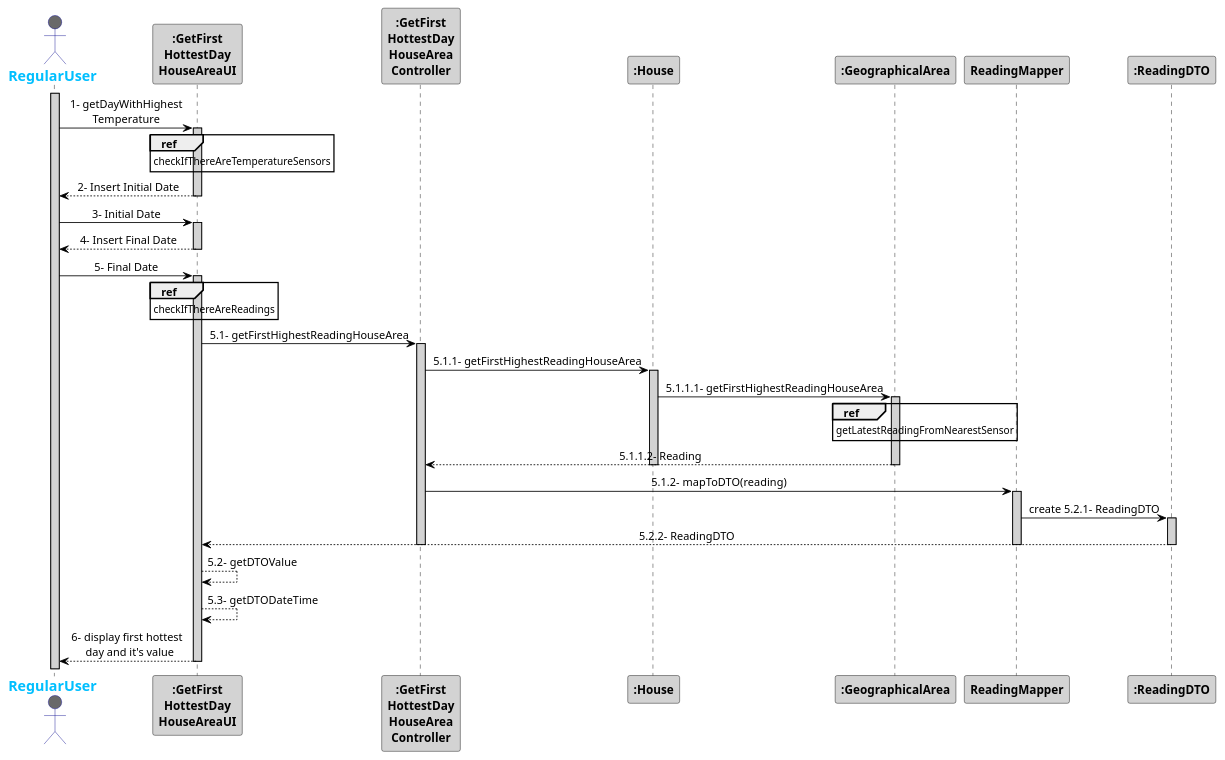
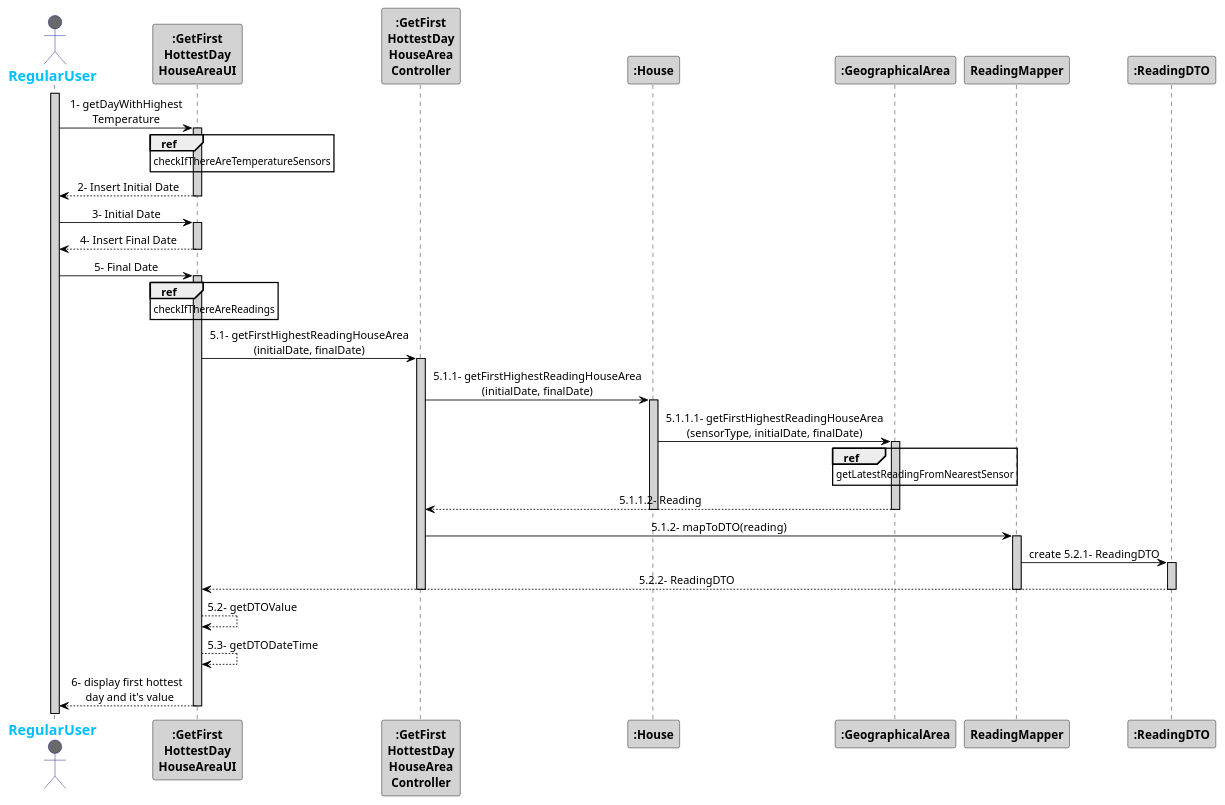
Before and after one commit to 1181687/hateoasToy: the diagram in src/main/java/pt/ipp/isep/dei/project/controllers/getfirsthottestdayhouseareacontroller/SD_GetFirstHottestDayHouseArea.puml, drawn with PlantUML. The commit also changed 2 other files, not shown here.

Commit message:
Addresses #121 - changes to sequence diagrams

```diff
--- a/src/main/java/pt/ipp/isep/dei/project/controllers/getfirsthottestdayhouseareacontroller/SD_GetFirstHottestDayHouseArea.puml
+++ b/src/main/java/pt/ipp/isep/dei/project/controllers/getfirsthottestdayhouseareacontroller/SD_GetFirstHottestDayHouseArea.puml
@@ -1,71 +1,71 @@
 @startuml
 skinparam sequenceMessageAlign center
 skinparam sequence {
     ArrowColor Black
     ActorBorderColor DarkBlue
     LifeLineBorderColor black
     LifeLineBackgroundColor LightGrey
 
     ParticipantBorderColor Black
     ParticipantBackgroundColor LightGrey
     ParticipantFontStyle Bold
 
     ActorBackgroundColor DimGrey
     ActorFontColor DeepSkyBlue
     ActorFontStyle Bold
     ActorFontSize 17
     ActorFontName Aapex
 }
 
 actor RegularUser
 activate RegularUser
 RegularUser -> ":GetFirst\nHottestDay\nHouseAreaUI": 1- getDayWithHighest\nTemperature
 ref over ":GetFirst\nHottestDay\nHouseAreaUI"
 checkIfThereAreTemperatureSensors
 end
 activate ":GetFirst\nHottestDay\nHouseAreaUI"
 
 
 
 ":GetFirst\nHottestDay\nHouseAreaUI" --> "RegularUser": 2- Insert Initial Date
 deactivate ":GetFirst\nHottestDay\nHouseAreaUI"
 ":GetFirst\nHottestDay\nHouseAreaUI" <- "RegularUser": 3- Initial Date
 activate ":GetFirst\nHottestDay\nHouseAreaUI"
 ":GetFirst\nHottestDay\nHouseAreaUI" --> "RegularUser": 4- Insert Final Date
 deactivate ":GetFirst\nHottestDay\nHouseAreaUI"
 ":GetFirst\nHottestDay\nHouseAreaUI" <- "RegularUser": 5- Final Date
 activate ":GetFirst\nHottestDay\nHouseAreaUI"
 ref over ":GetFirst\nHottestDay\nHouseAreaUI"
 checkIfThereAreReadings
 end
-":GetFirst\nHottestDay\nHouseAreaUI" -> ":GetFirst\nHottestDay\nHouseArea\nController": 5.1- getFirstHighestReadingHouseArea
+":GetFirst\nHottestDay\nHouseAreaUI" -> ":GetFirst\nHottestDay\nHouseArea\nController": 5.1- getFirstHighestReadingHouseArea\n(initialDate, finalDate)
 activate ":GetFirst\nHottestDay\nHouseArea\nController"
-":GetFirst\nHottestDay\nHouseArea\nController" -> ":House": 5.1.1- getFirstHighestReadingHouseArea
+":GetFirst\nHottestDay\nHouseArea\nController" -> ":House": 5.1.1- getFirstHighestReadingHouseArea\n(initialDate, finalDate)
 activate ":House"
-":House" ->":GeographicalArea": 5.1.1.1- getFirstHighestReadingHouseArea
+":House" ->":GeographicalArea": 5.1.1.1- getFirstHighestReadingHouseArea\n(sensorType, initialDate, finalDate)
 activate ":GeographicalArea"
 ref over ":GeographicalArea"
 getLatestReadingFromNearestSensor
 end
 
 ":GeographicalArea" --> ":GetFirst\nHottestDay\nHouseArea\nController" :5.1.1.2- Reading
 deactivate ":GeographicalArea"
 deactivate ":House"
 ":GetFirst\nHottestDay\nHouseArea\nController" ->"ReadingMapper": 5.1.2- mapToDTO(reading)
 activate "ReadingMapper"
 "ReadingMapper" -> ":ReadingDTO": create 5.2.1- ReadingDTO
 activate ":ReadingDTO"
 ":ReadingDTO" --> ":GetFirst\nHottestDay\nHouseAreaUI": 5.2.2- ReadingDTO
 deactivate ":ReadingDTO"
 
 deactivate "ReadingMapper"
 deactivate ":GetFirst\nHottestDay\nHouseArea\nController"
 
 
 ":GetFirst\nHottestDay\nHouseAreaUI" --> ":GetFirst\nHottestDay\nHouseAreaUI" : 5.2- getDTOValue
 ":GetFirst\nHottestDay\nHouseAreaUI" --> ":GetFirst\nHottestDay\nHouseAreaUI" : 5.3- getDTODateTime
 
 ":GetFirst\nHottestDay\nHouseAreaUI" --> RegularUser : 6- display first hottest \n day and it's value
 deactivate ":GetFirst\nHottestDay\nHouseAreaUI"
 
 @enduml
```
